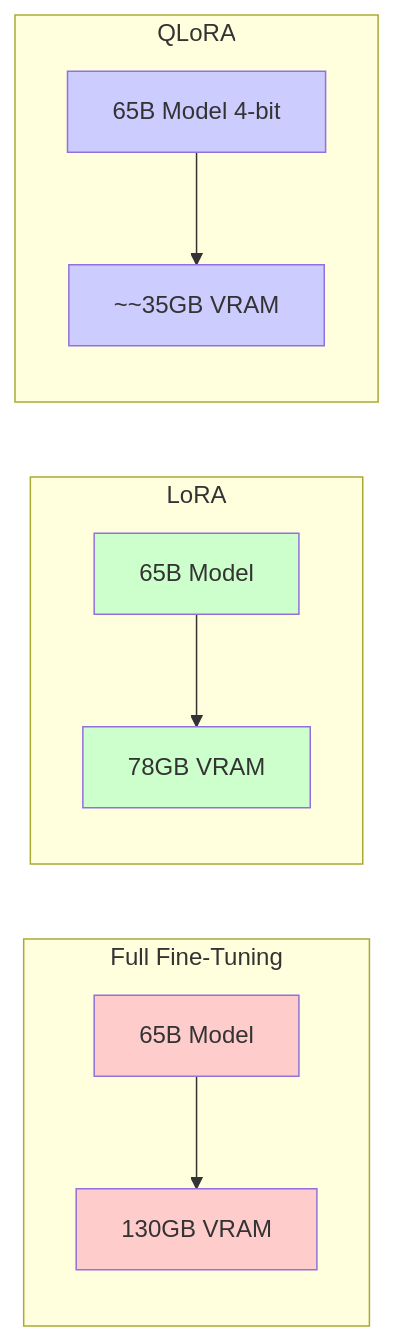
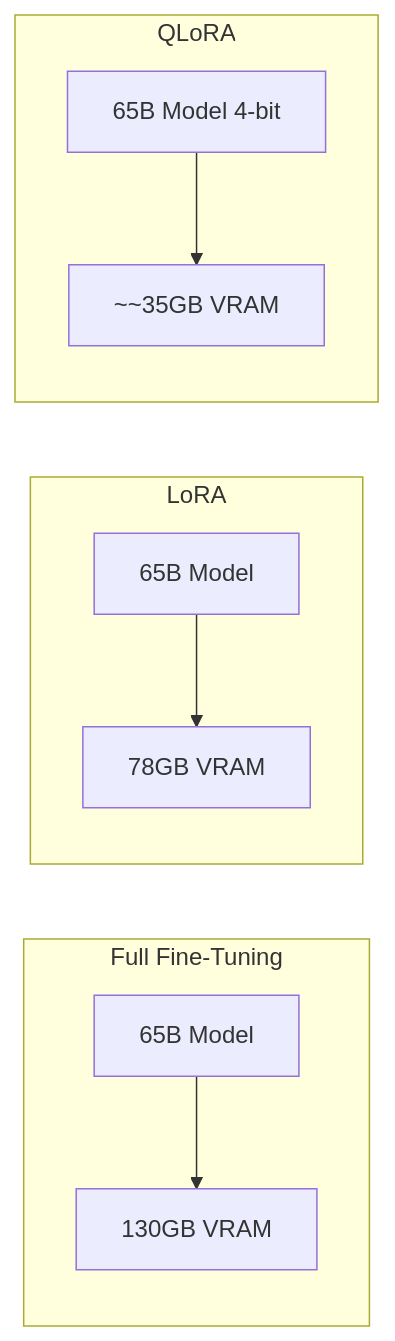
One commit to xdflatline/quartz changed the diagram in content/Concepts/lora-qlora.md. Above: the diagram before and after it, drawn with Mermaid. The commit also changed 6 other files, not shown here.

````diff
--- a/content/Concepts/lora-qlora.md
+++ b/content/Concepts/lora-qlora.md
@@ -68,21 +68,15 @@
 ```mermaid
 graph LR
     subgraph "Full Fine-Tuning"
         A[65B Model] --> B[130GB VRAM]
     end
     
     subgraph "LoRA"
         C[65B Model] --> D[78GB VRAM]
     end
     
     subgraph "QLoRA"
         E[65B Model 4-bit] --> F[~~35GB VRAM]
     end
     
-    style A fill:#ffcccc
-    style B fill:#ffcccc
-    style C fill:#ccffcc
-    style D fill:#ccffcc
-    style E fill:#ccccff
-    style F fill:#ccccff
 ```
````
